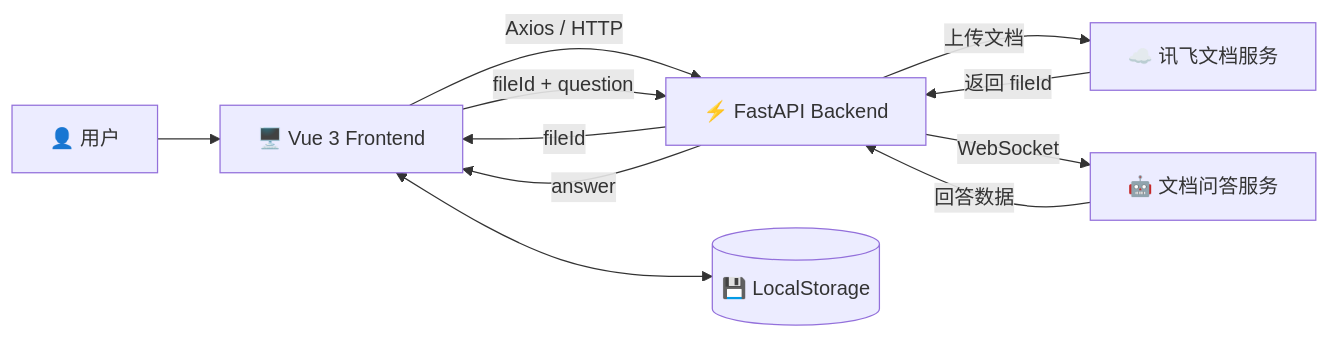
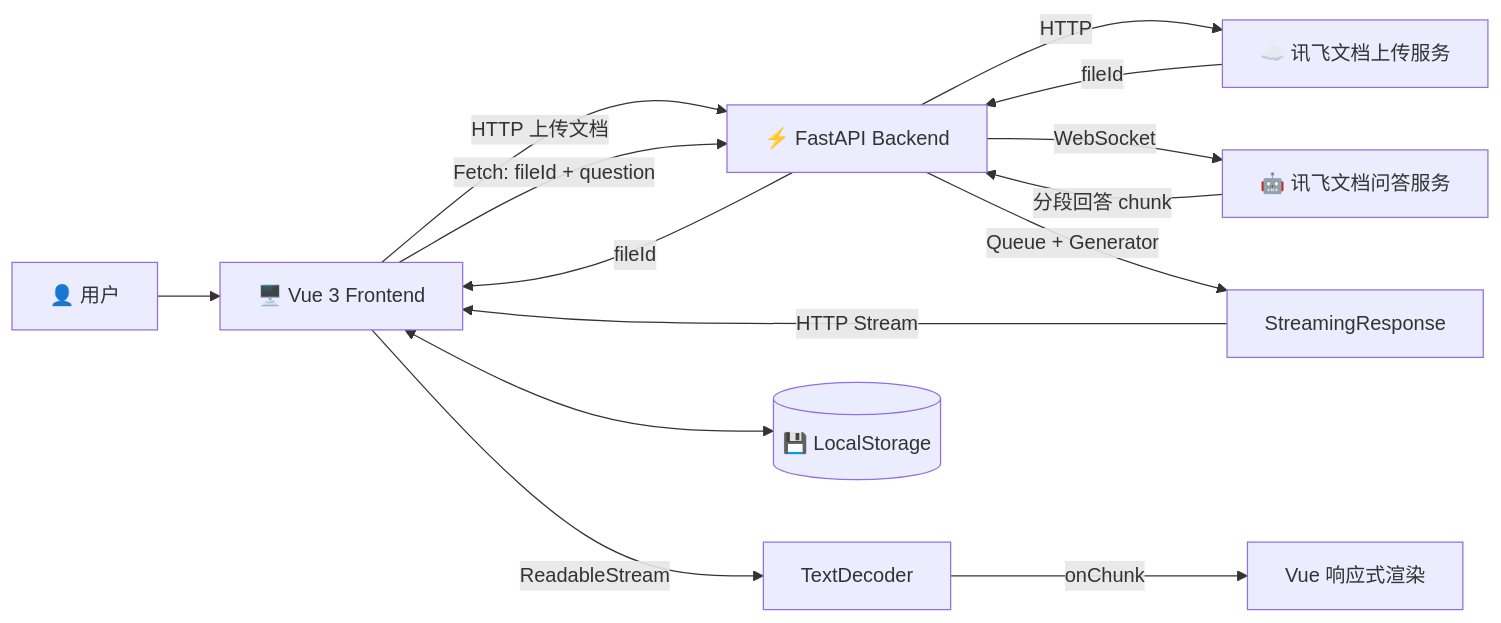
Before and after one commit to luojingjing0920/RAGanswer: the diagram in README.md, drawn with Mermaid. The commit also changed other lines of this file and 1 other file, not shown here.

Commit message:
docs: update README for streaming document QA

````diff
--- a/README.md
+++ b/README.md
@@ -96,17 +159,22 @@
 ```mermaid
 flowchart LR
     A[👤 用户] --> B[🖥️ Vue 3 Frontend]
 
-    B -->|Axios / HTTP| C[⚡ FastAPI Backend]
-
-    C -->|上传文档| D[☁️ 讯飞文档服务]
-    D -->|返回 fileId| C
+    B -->|HTTP 上传文档| C[⚡ FastAPI Backend]
+    C -->|HTTP| D[☁️ 讯飞文档上传服务]
+    D -->|fileId| C
     C -->|fileId| B
 
-    B -->|fileId + question| C
-    C -->|WebSocket| E[🤖 文档问答服务]
-    E -->|回答数据| C
-    C -->|answer| B
+    B -->|Fetch: fileId + question| C
+    C -->|WebSocket| E[🤖 讯飞文档问答服务]
 
-    B <--> F[(💾 LocalStorage)]
+    E -->|分段回答 chunk| C
+    C -->|Queue + Generator| F[StreamingResponse]
+
+    F -->|HTTP Stream| B
+
+    B -->|ReadableStream| G[TextDecoder]
+    G -->|onChunk| H[Vue 响应式渲染]
+
+    B <--> I[(💾 LocalStorage)]
 ```
````
